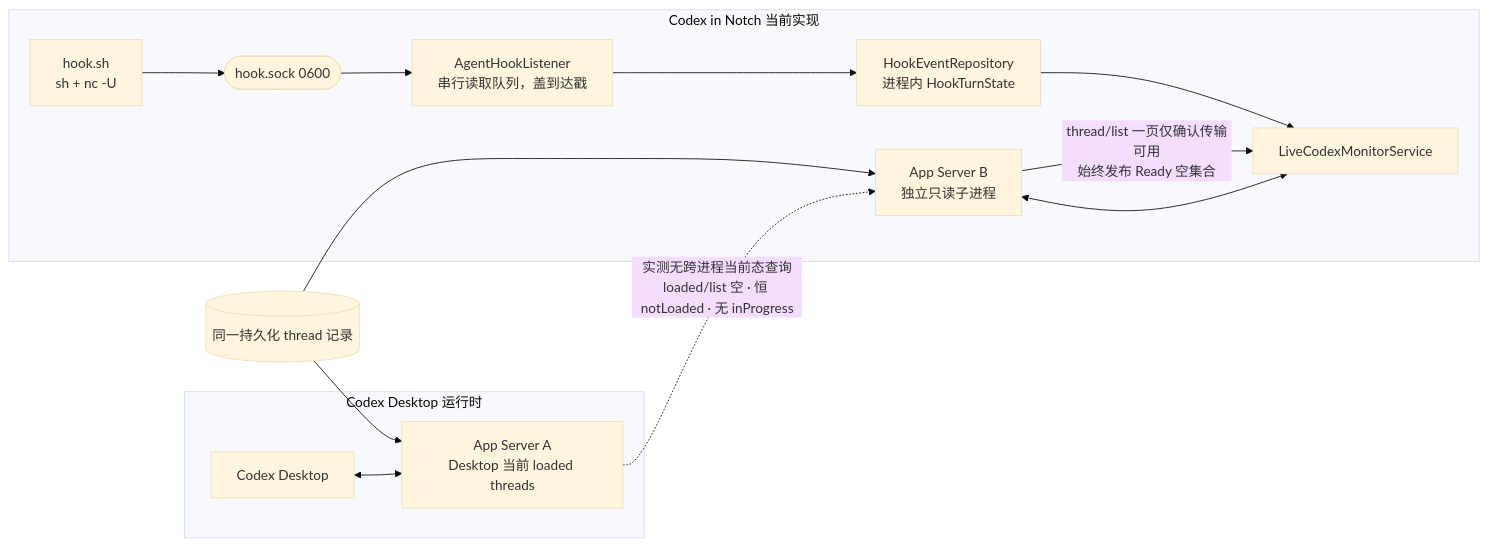
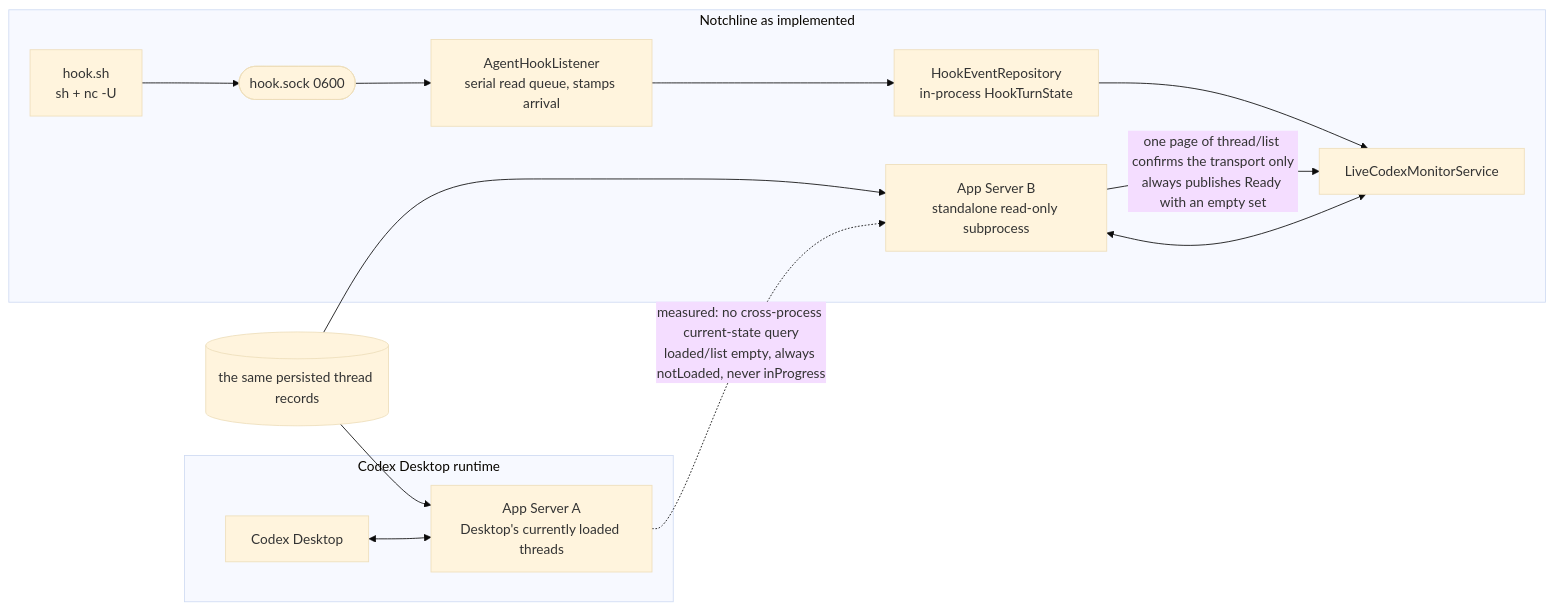
Before and after one commit to soondubu137/notchline: the third of 6 diagrams in docs/system-architecture.md, drawn with Mermaid (base theme). The commit also changed other lines of this file, not shown here.

````diff
--- a/docs/system-architecture.md
+++ b/docs/system-architecture.md
@@ -259,19 +257,19 @@
 ```mermaid
 flowchart LR
-    subgraph desktopRuntime ["Codex Desktop 运行时"]
-        desktop["Codex Desktop"] <--> desktopServer["App Server A\nDesktop 当前 loaded threads"]
+    subgraph desktopRuntime ["Codex Desktop runtime"]
+        desktop["Codex Desktop"] <--> desktopServer["App Server A\nDesktop's currently loaded threads"]
     end
 
-    subgraph notchRuntime ["Codex in Notch 当前实现"]
-        notch["LiveCodexMonitorService"] <--> notchServer["App Server B\n独立只读子进程"]
+    subgraph notchRuntime ["Notchline as implemented"]
+        notch["LiveCodexMonitorService"] <--> notchServer["App Server B\nstandalone read-only subprocess"]
         helper["hook.sh\nsh + nc -U"] --> socket(["hook.sock 0600"])
-        socket --> listener["AgentHookListener\n串行读取队列，盖到达戳"]
-        listener --> liveReducer["HookEventRepository\n进程内 HookTurnState"]
+        socket --> listener["AgentHookListener\nserial read queue, stamps arrival"]
+        listener --> liveReducer["HookEventRepository\nin-process HookTurnState"]
         liveReducer --> notch
     end
 
-    store[("同一持久化 thread 记录")] --> desktopServer
+    store[("the same persisted thread records")] --> desktopServer
     store --> notchServer
-    desktopServer -.->|"实测无跨进程当前态查询\nloaded/list 空 · 恒 notLoaded · 无 inProgress"| notchServer
-    notchServer -->|"thread/list 一页仅确认传输可用\n始终发布 Ready 空集合"| notch
+    desktopServer -.->|"measured: no cross-process current-state query\nloaded/list empty, always notLoaded, never inProgress"| notchServer
+    notchServer -->|"one page of thread/list confirms the transport only\nalways publishes Ready with an empty set"| notch
 ```
````
